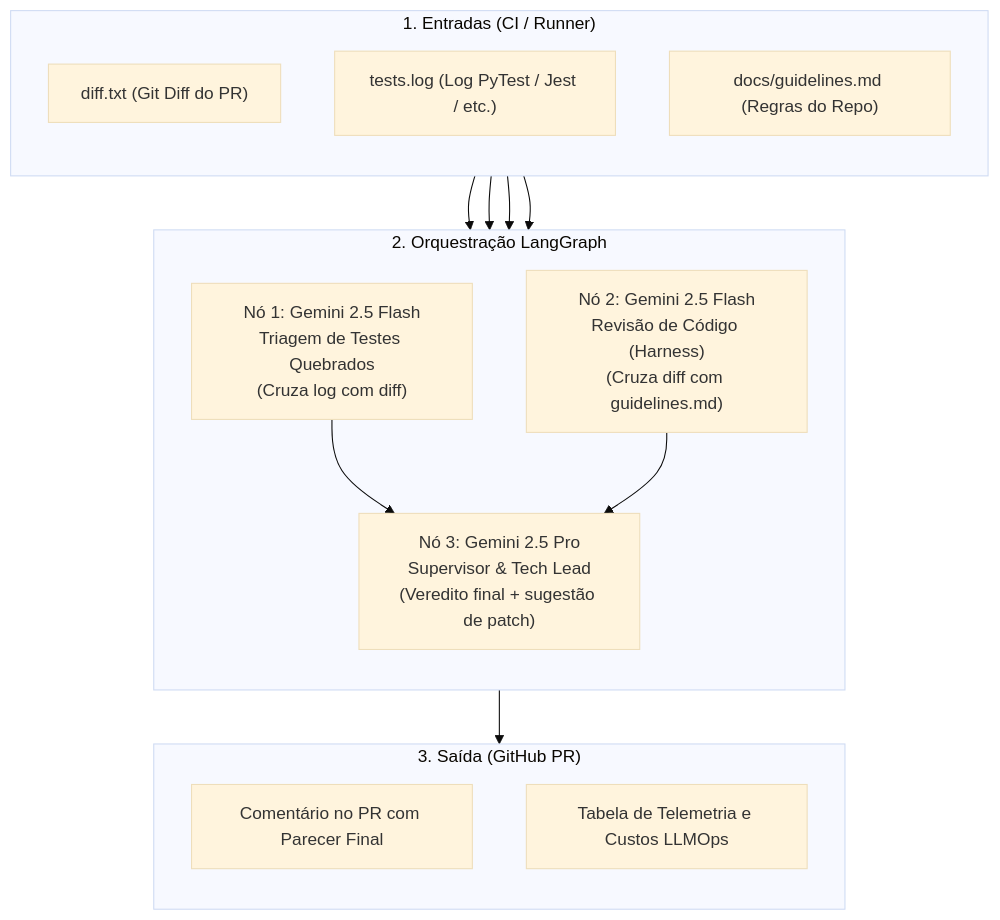
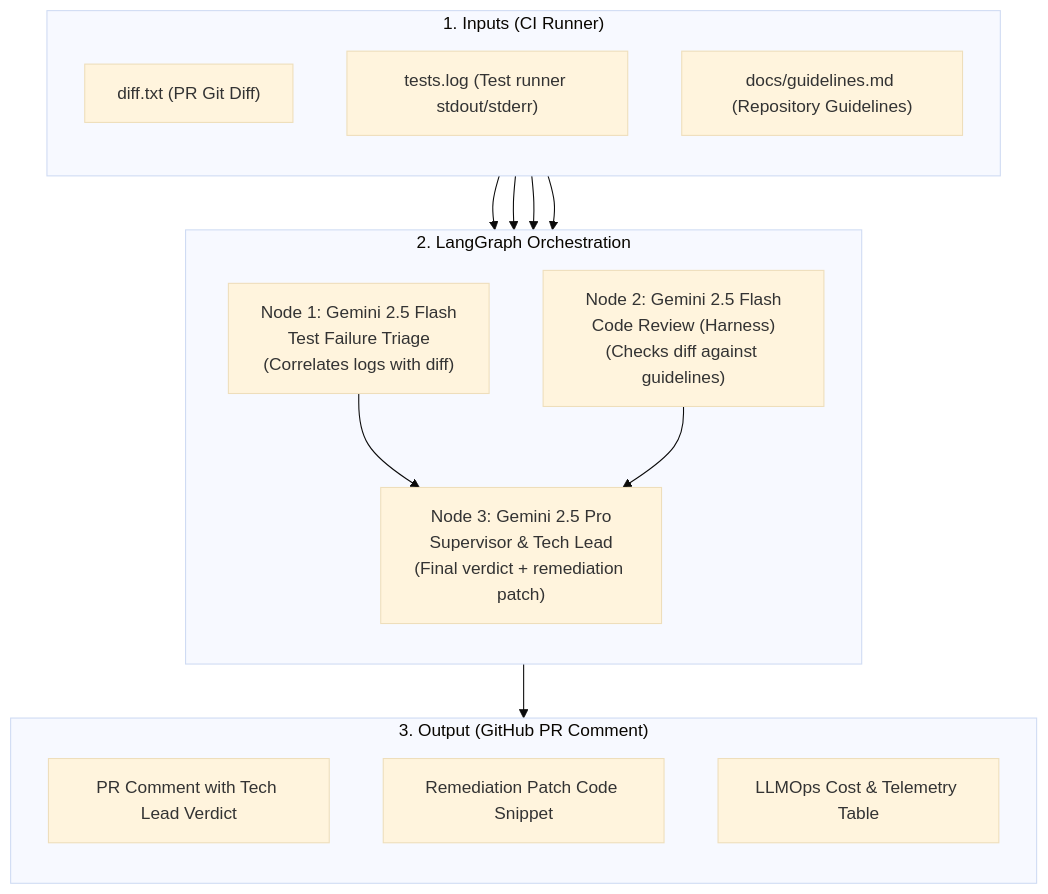
Before and after one commit to JPCalsavara/ai-gatekeeper: the diagram in README.md, drawn with Mermaid (base theme). The commit also changed other lines of this file and 13 other files, not shown here.

````diff
--- a/README.md
+++ b/README.md
@@ -15,31 +15,32 @@
 ```mermaid
 flowchart TD
-    subgraph Inputs["1. Entradas (CI / Runner)"]
+    subgraph Inputs["1. Inputs (CI Runner)"]
         direction TB
-        E1["diff.txt (Git Diff do PR)"]
-        E2["tests.log (Log PyTest / Jest / etc.)"]
-        E3["docs/guidelines.md (Regras do Repo)"]
+        E1["diff.txt (PR Git Diff)"]
+        E2["tests.log (Test runner stdout/stderr)"]
+        E3["docs/guidelines.md (Repository Guidelines)"]
     end
 
-    subgraph LangGraph["2. Orquestração LangGraph"]
+    subgraph LangGraph["2. LangGraph Orchestration"]
         direction TB
-        N1["Nó 1: Gemini 2.5 Flash\nTriagem de Testes Quebrados\n(Cruza log com diff)"]
-        N2["Nó 2: Gemini 2.5 Flash\nRevisão de Código (Harness)\n(Cruza diff com guidelines.md)"]
-        N3["Nó 3: Gemini 2.5 Pro\nSupervisor & Tech Lead\n(Veredito final + sugestão de patch)"]
+        N1["Node 1: Gemini 2.5 Flash\nTest Failure Triage\n(Correlates logs with diff)"]
+        N2["Node 2: Gemini 2.5 Flash\nCode Review (Harness)\n(Checks diff against guidelines)"]
+        N3["Node 3: Gemini 2.5 Pro\nSupervisor & Tech Lead\n(Final verdict + remediation patch)"]
 
         N1 --> N3
         N2 --> N3
     end
 
-    subgraph Output["3. Saída (GitHub PR)"]
+    subgraph Output["3. Output (GitHub PR Comment)"]
         direction TB
-        O1["Comentário no PR com Parecer Final"]
-        O2["Tabela de Telemetria e Custos LLMOps"]
+        O1["PR Comment with Tech Lead Verdict"]
+        O2["Remediation Patch Code Snippet"]
+        O3["LLMOps Cost & Telemetry Table"]
     end
 
     E1 --> N1
     E2 --> N1
     E1 --> N2
     E3 --> N2
     N3 --> Output
 ```
````
